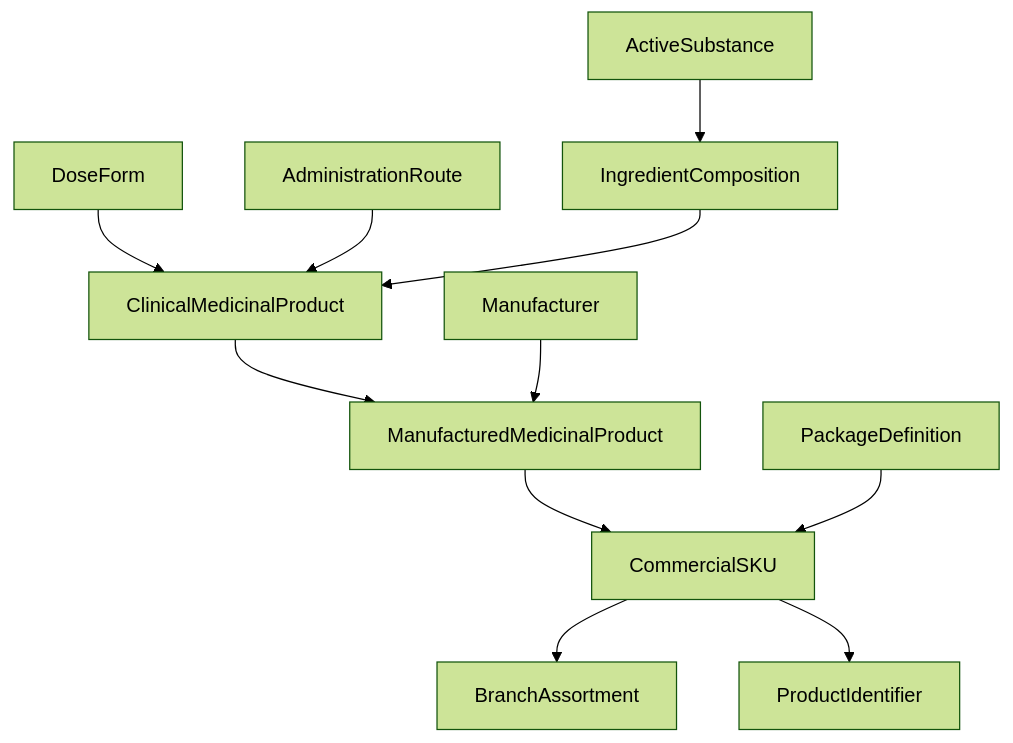
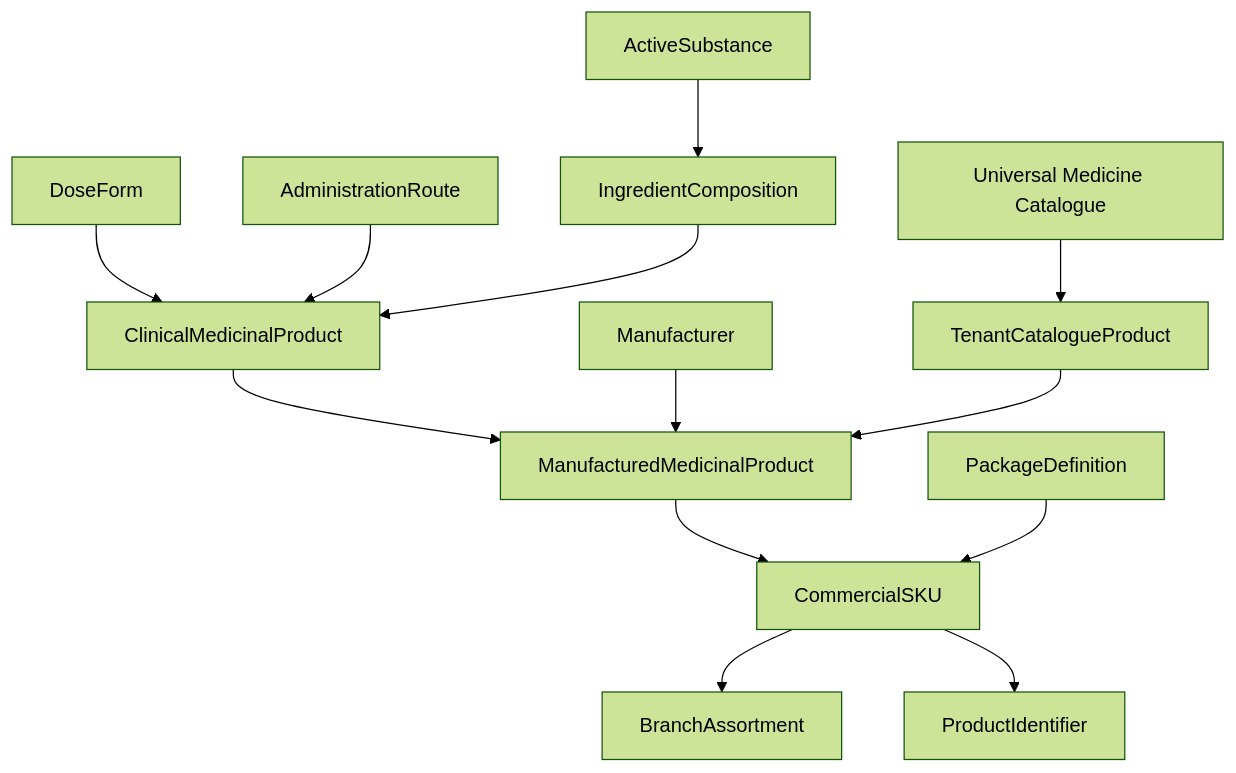
One commit to cksidney/TibaTrace changed the diagram in docs/domain/MEDICINE_CATALOGUE_DOMAIN_MODEL.md. Above: the diagram before and after it, drawn with Mermaid (forest theme). The commit also changed other lines of this file and 148 other files, not shown here.

````diff
--- a/docs/domain/MEDICINE_CATALOGUE_DOMAIN_MODEL.md
+++ b/docs/domain/MEDICINE_CATALOGUE_DOMAIN_MODEL.md
@@ -11,16 +11,18 @@
 ```mermaid
 graph TD
     Substance[ActiveSubstance] --> Composition[IngredientComposition]
     DoseForm[DoseForm] --> Clinical[ClinicalMedicinalProduct]
     Route[AdministrationRoute] --> Clinical
     Composition --> Clinical
     
     Clinical --> Manufactured[ManufacturedMedicinalProduct]
     Manufacturer[Manufacturer] --> Manufactured
     
     Manufactured --> SKU[CommercialSKU]
     Package[PackageDefinition] --> SKU
     
+    Master[Universal Medicine Catalogue] --> TenantProduct[TenantCatalogueProduct]
+    TenantProduct --> Manufactured
     SKU --> Assortment[BranchAssortment]
     SKU --> Identifier[ProductIdentifier]
 ```
````
